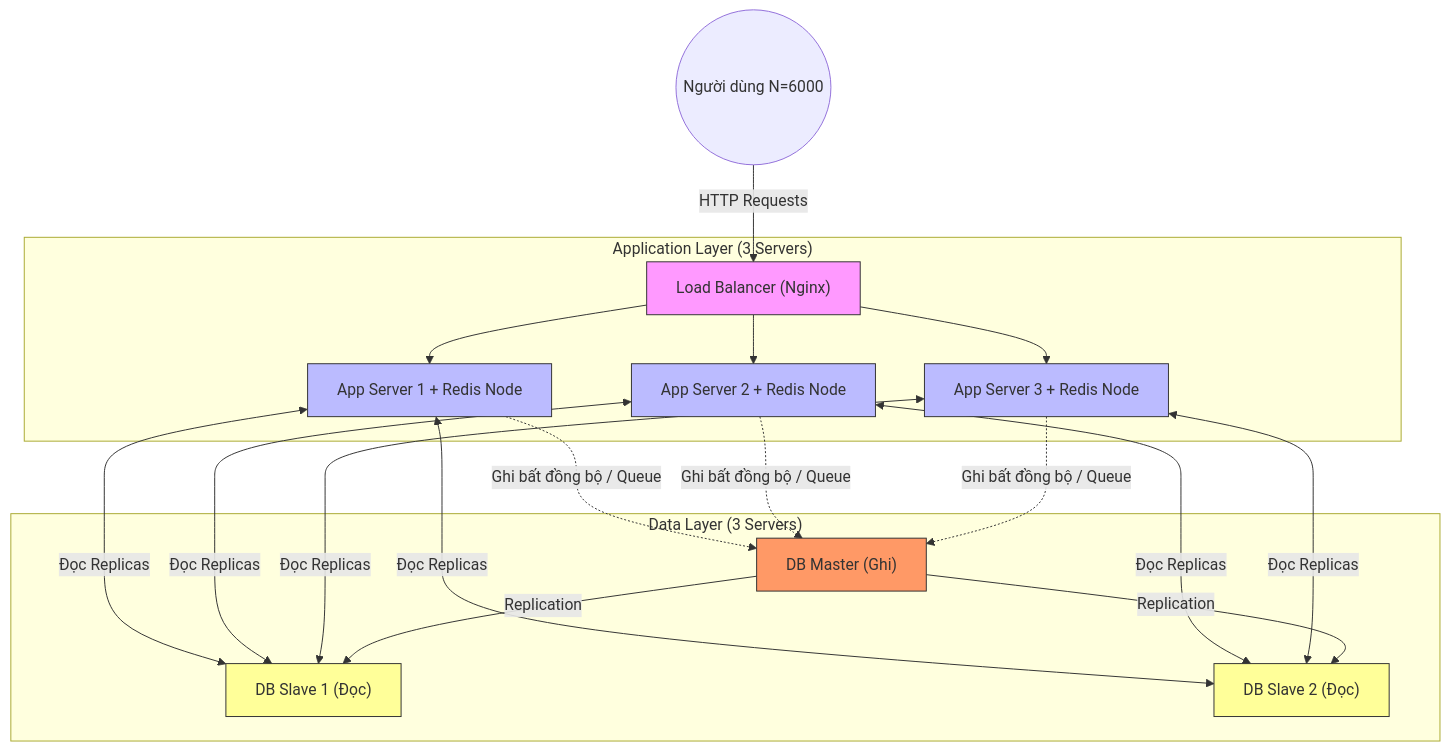
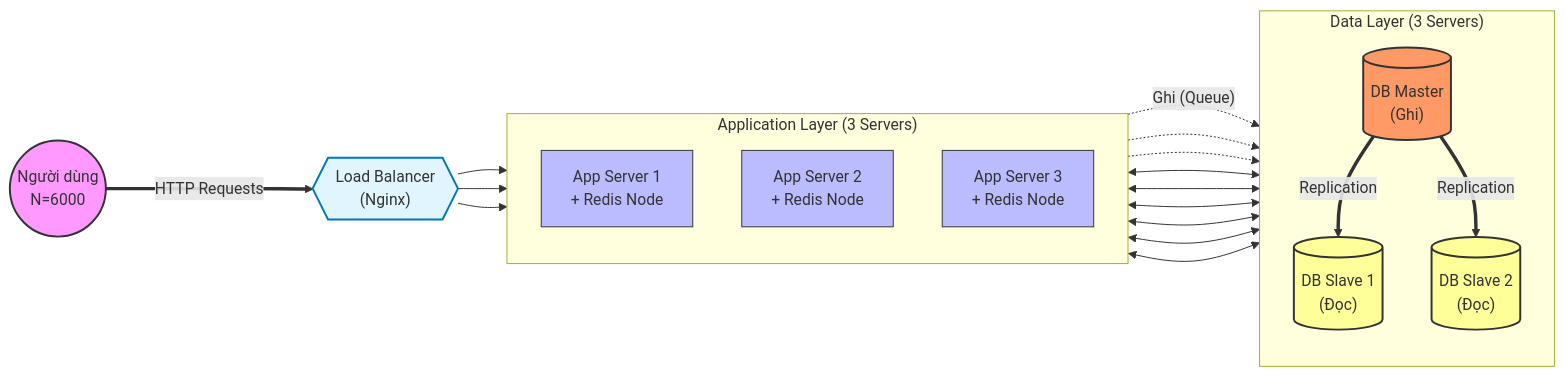
Before and after one commit to ducthanhnguyen95/thanhnd_task2: the diagram in README.md, drawn with Mermaid.

Commit message:
Update diagram

````diff
--- a/README.md
+++ b/README.md
@@ -9,34 +9,68 @@
 ```mermaid
-graph TD
-    %% Node Definitions
-    User(("Người dùng N=6000")) -->|HTTP Requests| LB["Load Balancer (Nginx)"]
+flowchart LR
+    %% --- ĐỊNH NGHĨA NODE ---
     
-    subgraph "Application Layer (3 Servers)"
-        LB --> AS1["App Server 1 + Redis Node"]
-        LB --> AS2["App Server 2 + Redis Node"]
-        LB --> AS3["App Server 3 + Redis Node"]
+    %% Node Người dùng (Hình tròn)
+    User(("Người dùng<br/>N=6000")) 
+    
+    %% Node Load Balancer (Hình thoi/lục giác)
+    LB{{"Load Balancer<br/>(Nginx)"}}
+    
+    %% --- KHỐI APPLICATION LAYER ---
+    subgraph AppLayer ["Application Layer (3 Servers)"]
+        direction TB
+        AS1["App Server 1<br/>+ Redis Node"]
+        AS2["App Server 2<br/>+ Redis Node"]
+        AS3["App Server 3<br/>+ Redis Node"]
     end
     
-    subgraph "Data Layer (3 Servers)"
-        %% Write Path
-        AS1 & AS2 & AS3 -.->|"Ghi bất đồng bộ / Queue"| DBM["DB Master (Ghi)"]
-        
-        %% Read Path
-        AS1 & AS2 & AS3 <-->|"Đọc Replicas"| DBS1["DB Slave 1 (Đọc)"]
-        AS1 & AS2 & AS3 <-->|"Đọc Replicas"| DBS2["DB Slave 2 (Đọc)"]
+    %% --- KHỐI DATA LAYER ---
+    subgraph DataLayer ["Data Layer (3 Servers)"]
+        direction TB
+        %% Node Database (Hình trụ)
+        DBM[("DB Master<br/>(Ghi)")]
+        DBS1[("DB Slave 1<br/>(Đọc)")]
+        DBS2[("DB Slave 2<br/>(Đọc)")]
     end
+
+    %% --- KẾT NỐI ---
     
-    %% Replication
-    DBM -->|Replication| DBS1
-    DBM -->|Replication| DBS2
+    %% Luồng chính (Mũi tên đậm dài)
+    User ===>|HTTP Requests| LB
     
-    %% Styling
-    style LB fill:#f9f,stroke:#333
-    style AS1 fill:#bbf,stroke:#333
-    style AS2 fill:#bbf,stroke:#333
-    style AS3 fill:#bbf,stroke:#333
-    style DBM fill:#f96,stroke:#333
-    style DBS1 fill:#ff9,stroke:#333
-    style DBS2 fill:#ff9,stroke:#333
+    LB --> AS1
+    LB --> AS2
+    LB --> AS3
+    
+    %% Kết nối App -> DB Master (Ghi qua Queue)
+    AS1 -.->|"Ghi (Queue)"| DBM
+    AS2 -.-> DBM
+    AS3 -.-> DBM
+    
+    %% Kết nối App -> DB Slave (Đọc)
+    AS1 <--> DBS1
+    AS2 <--> DBS1
+    AS3 <--> DBS1
+    
+    AS1 <--> DBS2
+    AS2 <--> DBS2
+    AS3 <--> DBS2
+    
+    %% Replication (Đồng bộ dữ liệu)
+    DBM ==>|Replication| DBS1
+    DBM ==>|Replication| DBS2
+
+    %% --- TÔ MÀU ---
+    classDef userStyle fill:#f9f,stroke:#333,stroke-width:2px;
+    classDef lbStyle fill:#e1f5fe,stroke:#0277bd,stroke-width:2px;
+    classDef appStyle fill:#bbf,stroke:#333,stroke-width:1px;
+    classDef masterStyle fill:#f96,stroke:#333,stroke-width:2px;
+    classDef slaveStyle fill:#ff9,stroke:#333,stroke-width:2px;
+
+    class User userStyle;
+    class LB lbStyle;
+    class AS1,AS2,AS3 appStyle;
+    class DBM masterStyle;
+    class DBS1,DBS2 slaveStyle;
 
 ```
````
